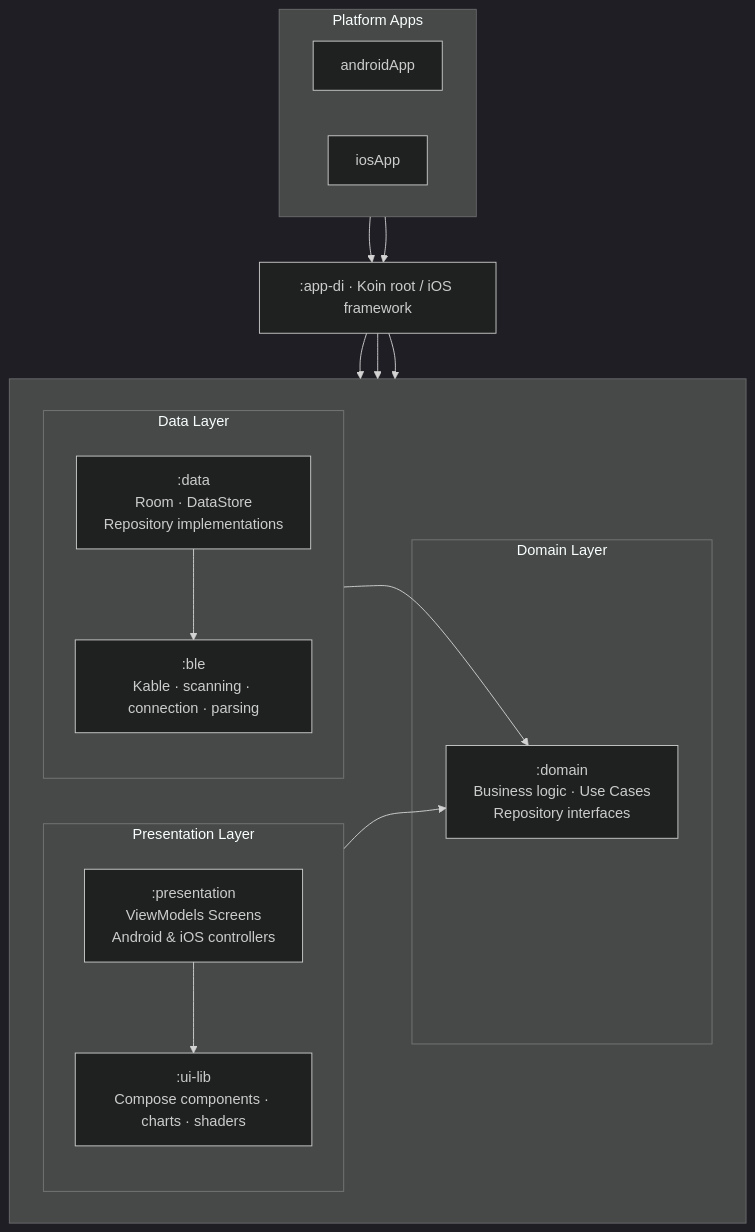
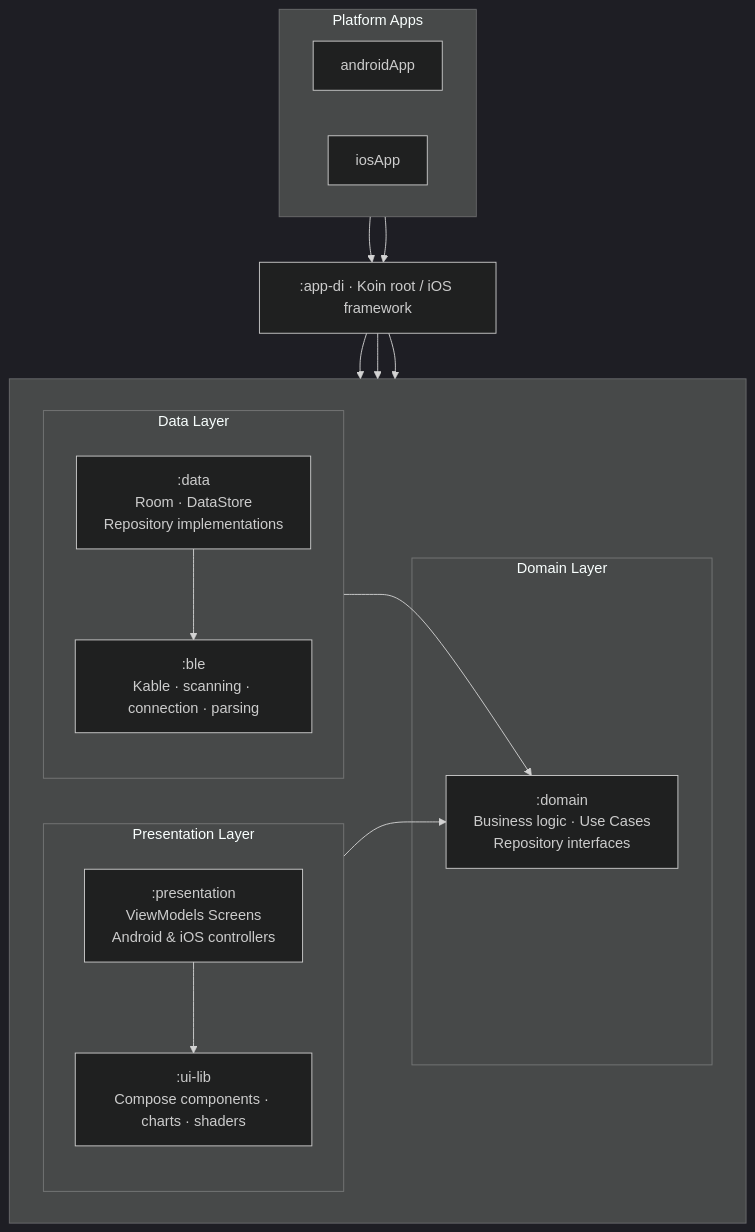
The first of 4 diagrams in README.md (AnatoliiChub/HRAM), drawn with Mermaid (dark theme) before and after one commit.

Commit message:
readme updated.

````diff
--- a/README.md
+++ b/README.md
@@ -221,38 +221,38 @@
 ```mermaid
 flowchart TB
     subgraph Apps ["Platform Apps"]
         direction LR
         Android["androidApp"]
         iOS["iosApp"]
     end
 
     AppDI[":app-di · Koin root / iOS framework"]
 
     subgraph Layers [" "]
         direction LR
         subgraph PL ["Presentation Layer"]
             direction TB
             Presentation[":presentation</br> ViewModels  Screens</br>Android & iOS controllers"]
             UILib[":ui-lib</br>Compose components · charts · shaders"]
         end
         subgraph DL ["Domain Layer"]
             Domain[":domain</br>Business logic · Use Cases</br>Repository interfaces"]
         end
         subgraph DAL ["Data Layer"]
             direction TB
             Data[":data</br>Room · DataStore</br>Repository implementations"]
             BLE[":ble</br>Kable · scanning · connection · parsing"]
         end
-        PL ~~~ DL ~~~ BLE
+        PL ~~~ DL   
     end
 
     Android --> AppDI
     iOS --> AppDI
     AppDI --> Presentation
     AppDI --> Data
     AppDI --> Domain
     Presentation --> Domain
     Presentation --> UILib
     Data --> Domain
     Data --> BLE
 ```
````
